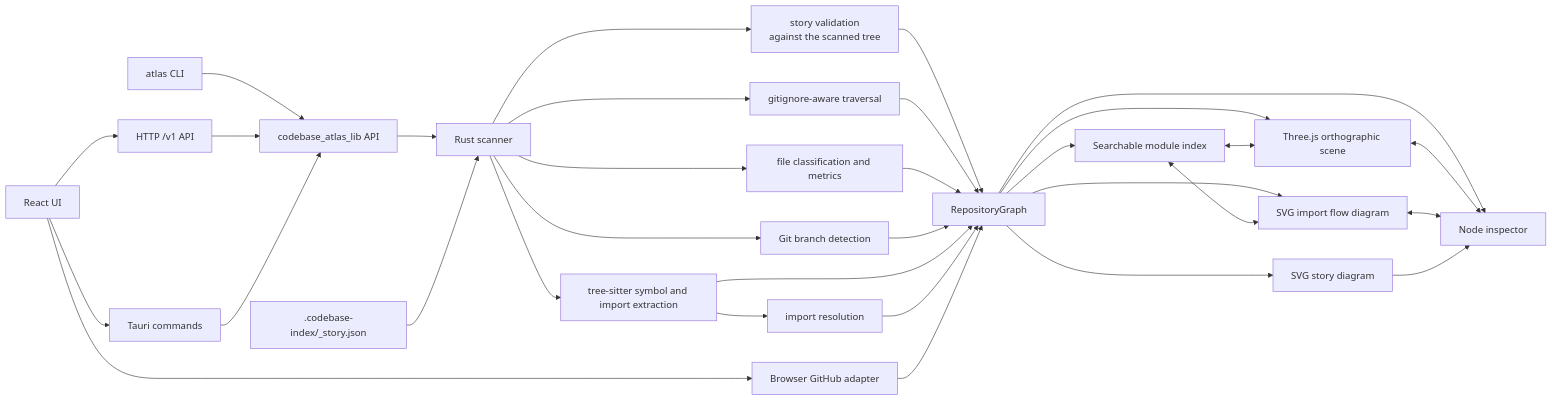
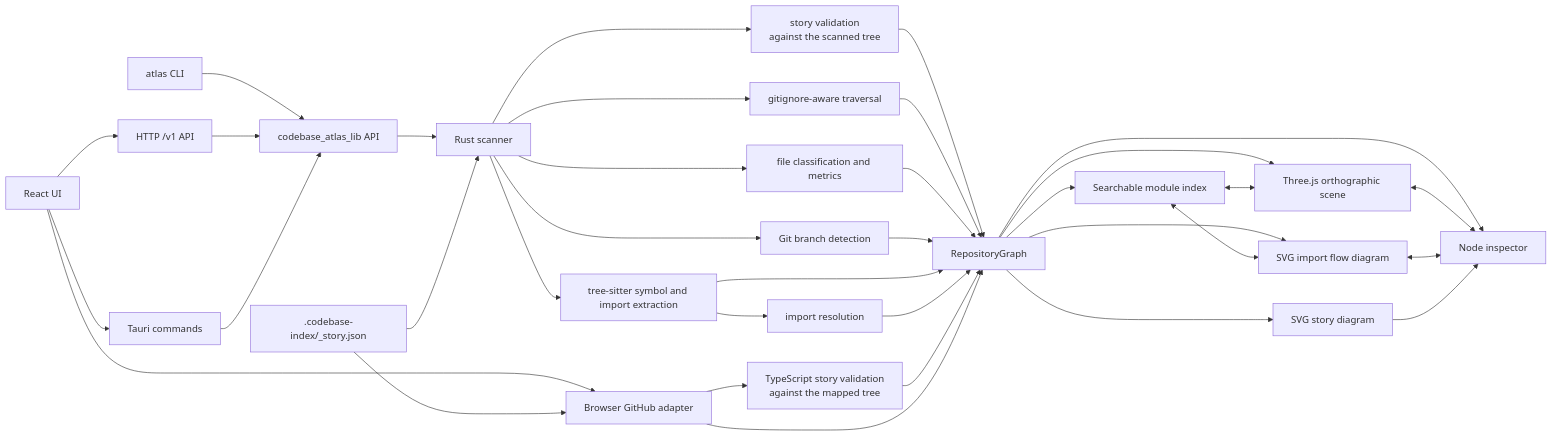
One commit to Volpestyle/codebase-atlas changed the first of 4 diagrams in README.md. Above: the diagram before and after it, drawn with Mermaid. The commit also changed other lines of this file and 3 other files, not shown here.

````diff
--- a/README.md
+++ b/README.md
@@ -9,34 +9,37 @@
 ```mermaid
 flowchart LR
     CLI[atlas CLI] --> API[codebase_atlas_lib API]
     HTTP[HTTP /v1 API] --> API
     Tauri[Tauri commands] --> API
     UI[React UI] --> Tauri
     UI --> HTTP
     UI --> GH[Browser GitHub adapter]
     API --> C[Rust scanner]
     C --> D[gitignore-aware traversal]
     C --> E[file classification and metrics]
     C --> F[Git branch detection]
     C --> O[tree-sitter symbol and import extraction]
     O --> R[import resolution]
     C --> V[story validation<br/>against the scanned tree]
     V --> G
     D --> G[RepositoryGraph]
     E --> G
     F --> G
     O --> G
     R --> G
+    GH --> W[TypeScript story validation<br/>against the mapped tree]
+    W --> G
     GH --> G
+    M --> GH
     M[".codebase-index/_story.json"] --> C
     G --> I[Searchable module index]
     G --> J[Three.js orthographic scene]
     G --> P[SVG import flow diagram]
     G --> N[SVG story diagram]
     G --> K[Node inspector]
     I <--> J
     I <--> P
     J <--> K
     P <--> K
     N --> K
 ```
````
